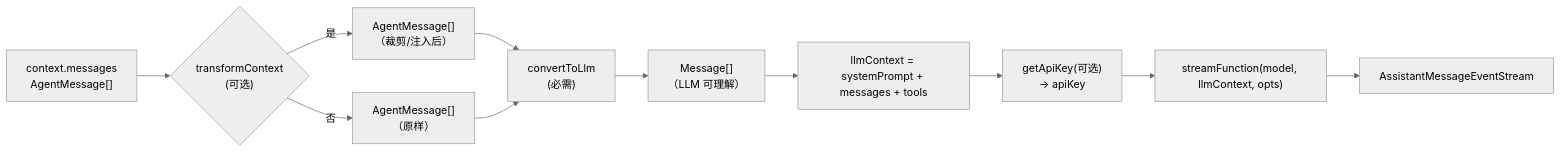
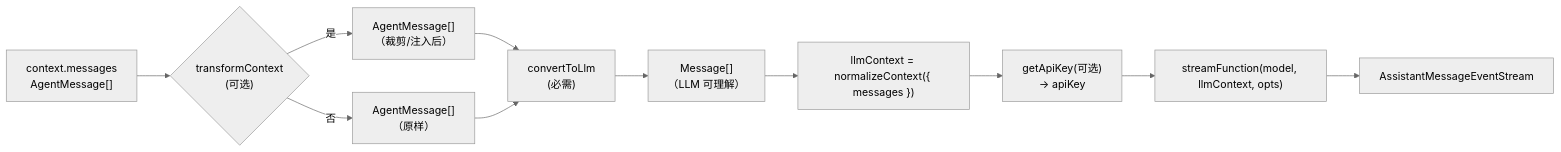
Before and after one commit to ypzyfl/pi: the first of 2 diagrams in learning/notes/modules/agent-loop-stream.zh.md, drawn with Mermaid (neutral theme). The commit also changed other lines of this file and 20 other files, not shown here.

````diff
--- a/learning/notes/modules/agent-loop-stream.zh.md
+++ b/learning/notes/modules/agent-loop-stream.zh.md
@@ -19,13 +19,13 @@
 ```mermaid
 flowchart LR
     A["context.messages<br/>AgentMessage[]"] --> B{"transformContext<br/>(可选)"}
     B -->|是| B2["AgentMessage[]<br/>（裁剪/注入后）"]
     B -->|否| B3["AgentMessage[]<br/>（原样）"]
     B2 --> C["convertToLlm<br/>(必需)"]
     B3 --> C
     C --> D["Message[]<br/>（LLM 可理解）"]
-    D --> E["llmContext = systemPrompt + messages + tools"]
+    D --> E["llmContext = normalizeContext({ messages })"]
     E --> F["getApiKey(可选)<br/>→ apiKey"]
     F --> G["streamFunction(model, llmContext, opts)"]
     G --> H["AssistantMessageEventStream"]
 ```
````
